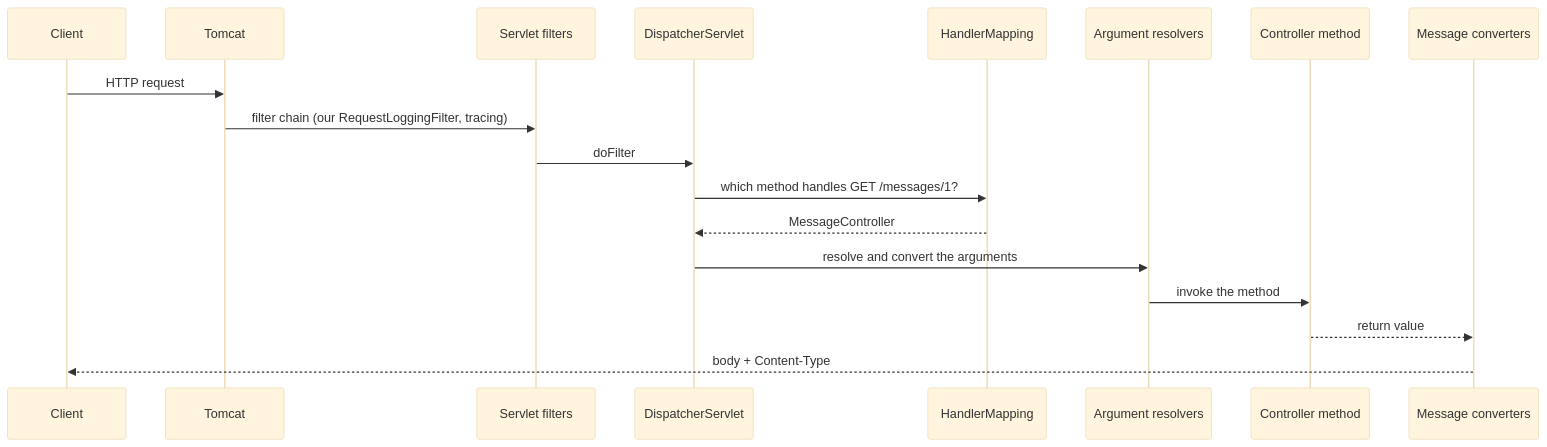
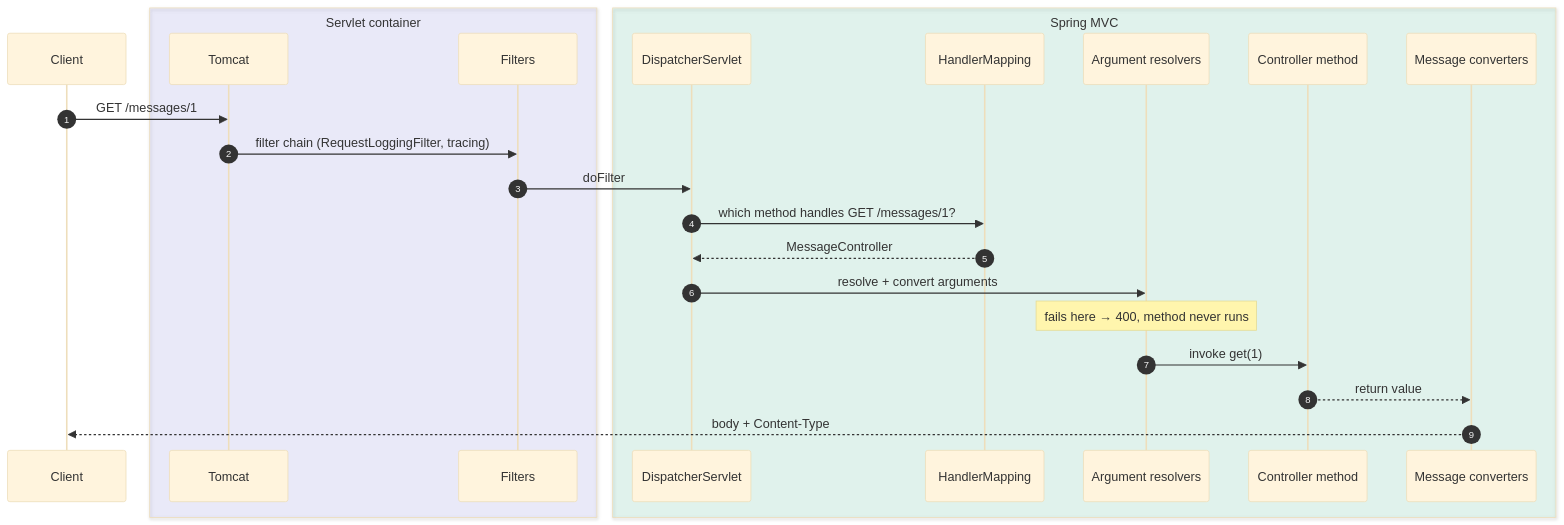
One commit to Sriram-Karthick-k/progress-tracker changed the second of 3 diagrams in content/notes/spring-boot-system-design/01-spring-boot-basics/request-input-and-json.md. Above: the diagram before and after it, drawn with Mermaid (base theme). The commit also changed other lines of this file and 18 other files, not shown here.

````diff
--- a/content/notes/spring-boot-system-design/01-spring-boot-basics/request-input-and-json.md
+++ b/content/notes/spring-boot-system-design/01-spring-boot-basics/request-input-and-json.md
@@ -5,20 +38,26 @@
 ```mermaid
 sequenceDiagram
+  autonumber
   participant C as Client
+  box rgba(99,102,241,0.10) Servlet container
   participant T as Tomcat
-  participant F as Servlet filters
+  participant F as Filters
+  end
+  box rgba(16,185,129,0.10) Spring MVC
   participant D as DispatcherServlet
   participant H as HandlerMapping
   participant A as Argument resolvers
   participant M as Controller method
   participant V as Message converters
-  C->>T: HTTP request
-  T->>F: filter chain (our RequestLoggingFilter, tracing)
+  end
+  C->>T: GET /messages/1
+  T->>F: filter chain (RequestLoggingFilter, tracing)
   F->>D: doFilter
   D->>H: which method handles GET /messages/1?
   H-->>D: MessageController#get(long)
-  D->>A: resolve and convert the arguments
-  A->>M: invoke the method
+  D->>A: resolve + convert arguments
+  Note over A: fails here → 400, method never runs
+  A->>M: invoke get(1)
   M-->>V: return value
   V-->>C: body + Content-Type
 ```
````
